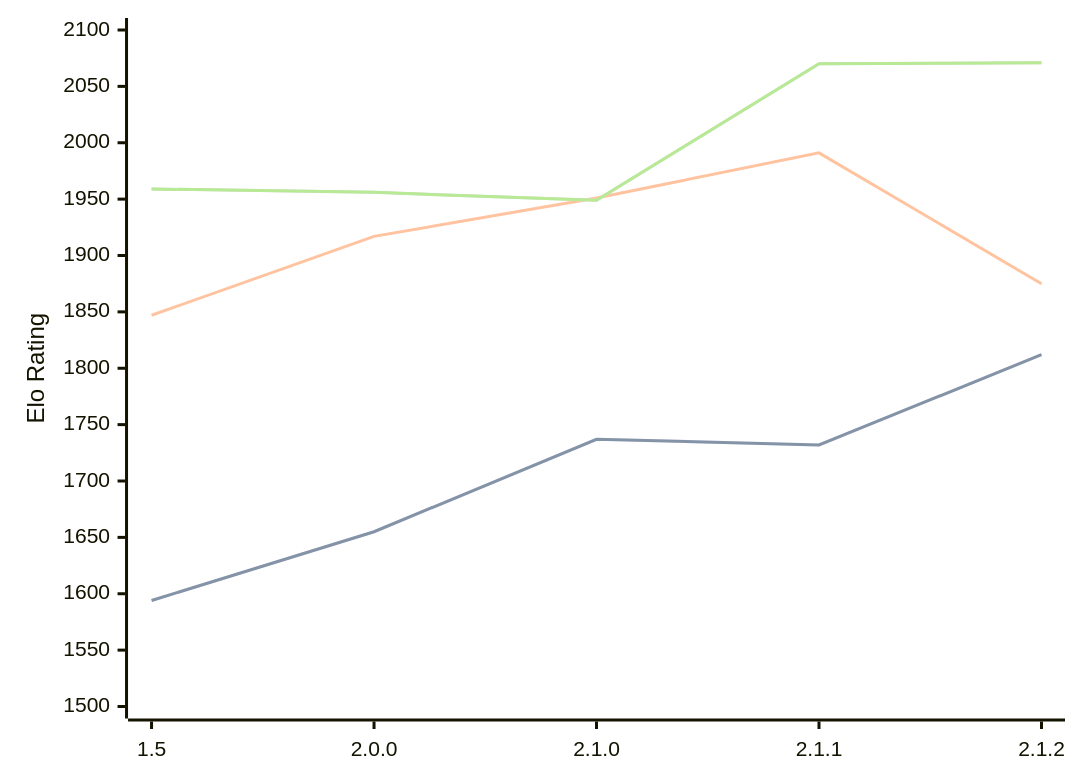
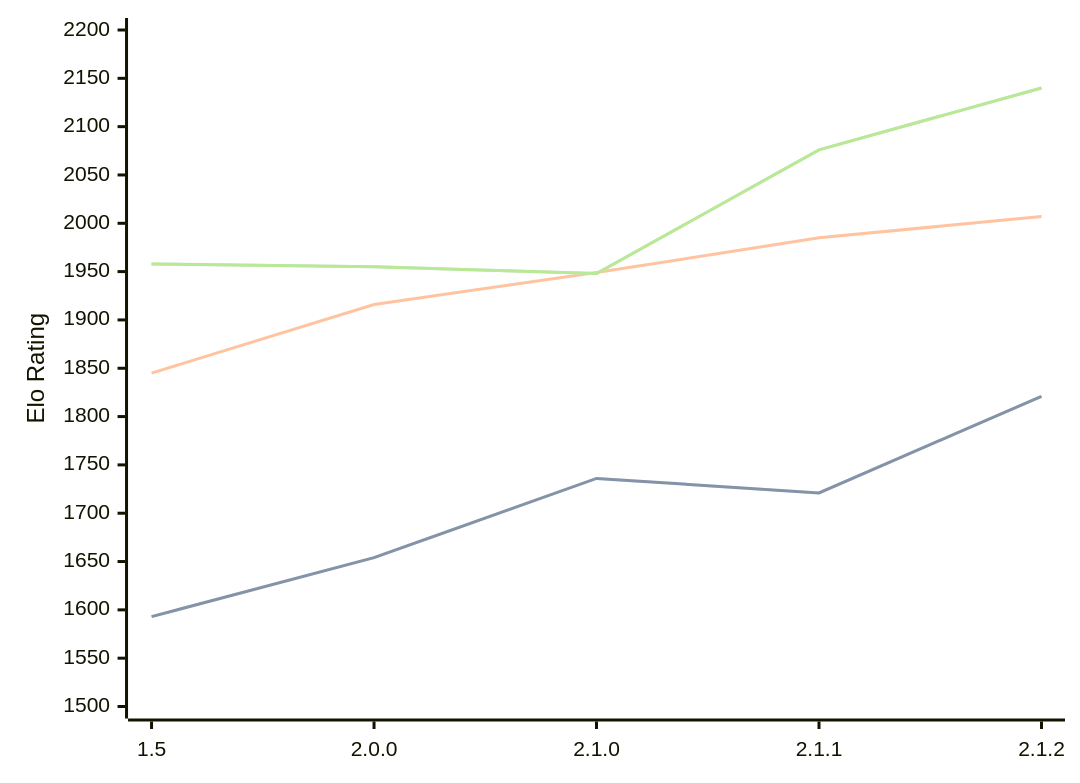
Before and after one commit to computer-chess-index/cci: the diagram in engines/Rudim.md, drawn with Mermaid. The commit also changed other lines of this file, not shown here.

Commit message:
Update CCI Ratings (ELO VLTC) - 2026-05-22

````diff
--- a/engines/Rudim.md
+++ b/engines/Rudim.md
@@ -40,11 +40,11 @@
 ```mermaid
 %%{init: {"theme":"base","themeVariables":{"seriesColors:['#a3a3a3','#222221','#faa371']}}}%%
 xychart-beta
   x-axis ["1.5", "2.0.0", "2.1.0", "2.1.1", "2.1.2"]
-  y-axis "Elo Rating" 1500 --> 2100
-  line "STC (8.0+0.08s)" [1594, 1655, 1737, 1732, 1812]
-  line "STC (8.0+0.08s)" [1594, 1655, 1737, 1732, 1812]
-  line "LTC (60.0+0.60s)" [1847, 1917, 1951, 1991, 1875]
-  line "VLTC (2m24s+1.12s)" [1959, 1956, 1949, 2070, 2071]
-  line "VLTC (2m24s+1.12s)" [1959, 1956, 1949, 2070, 2071]
+  y-axis "Elo Rating" 1500 --> 2200
+  line "STC (8.0+0.08s)" [1593, 1654, 1736, 1721, 1821]
+  line "STC (8.0+0.08s)" [1593, 1654, 1736, 1721, 1821]
+  line "LTC (60.0+0.60s)" [1845, 1916, 1949, 1985, 2007]
+  line "VLTC (2m24s+1.12s)" [1958, 1955, 1948, 2076, 2140]
+  line "VLTC (2m24s+1.12s)" [1958, 1955, 1948, 2076, 2140]
 ```
````
